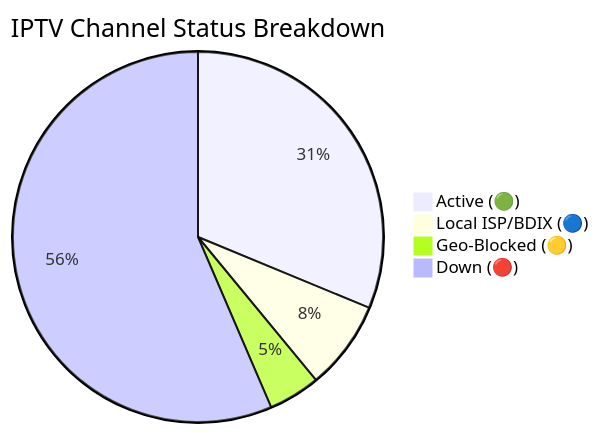
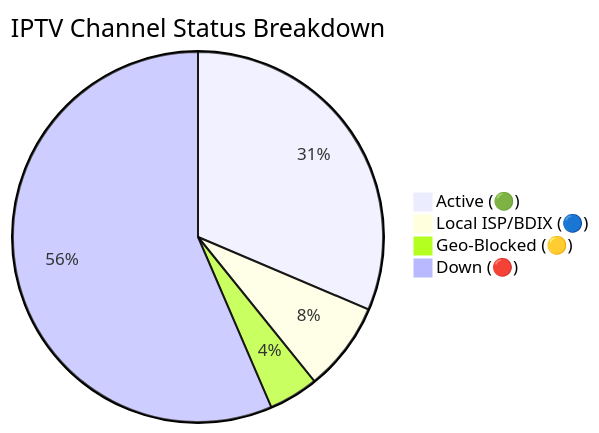
Before and after one commit to Zaman-Topu/Ip-tv-Collection: the diagram in README.md, drawn with Mermaid. The commit also changed other lines of this file and 6 other files, not shown here.

````diff
--- a/README.md
+++ b/README.md
@@ -149,7 +149,7 @@
 ```mermaid
 pie title IPTV Channel Status Breakdown
-    "Active (🟢)" : 10713
-    "Local ISP/BDIX (🔵)" : 2669
-    "Geo-Blocked (🟡)" : 1549
-    "Down (🔴)" : 19361
+    "Active (🟢)" : 10745
+    "Local ISP/BDIX (🔵)" : 2670
+    "Geo-Blocked (🟡)" : 1483
+    "Down (🔴)" : 19328
 ```
````
